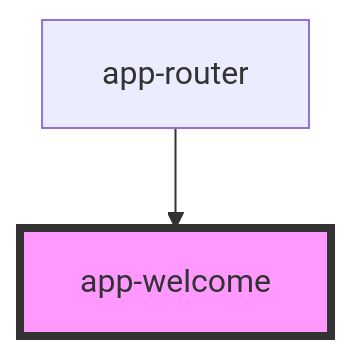
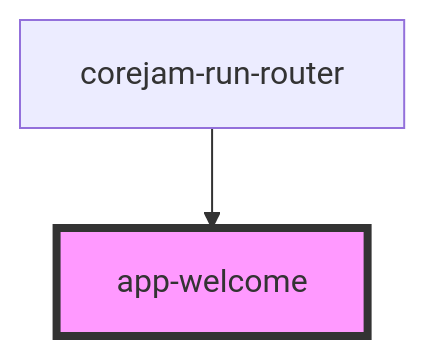
One commit to corejam/corejam changed the diagram in packages/dev/app/components/Welcome/readme.md. Above: the diagram before and after it, drawn with Mermaid. The commit also changed other lines of this file and 121 other files, not shown here.

````diff
--- a/packages/dev/app/components/Welcome/readme.md
+++ b/packages/dev/app/components/Welcome/readme.md
@@ -23,5 +24,5 @@
 ```mermaid
 graph TD;
-  app-router --> app-welcome
+  corejam-run-router --> app-welcome
   style app-welcome fill:#f9f,stroke:#333,stroke-width:4px
 ```
````
